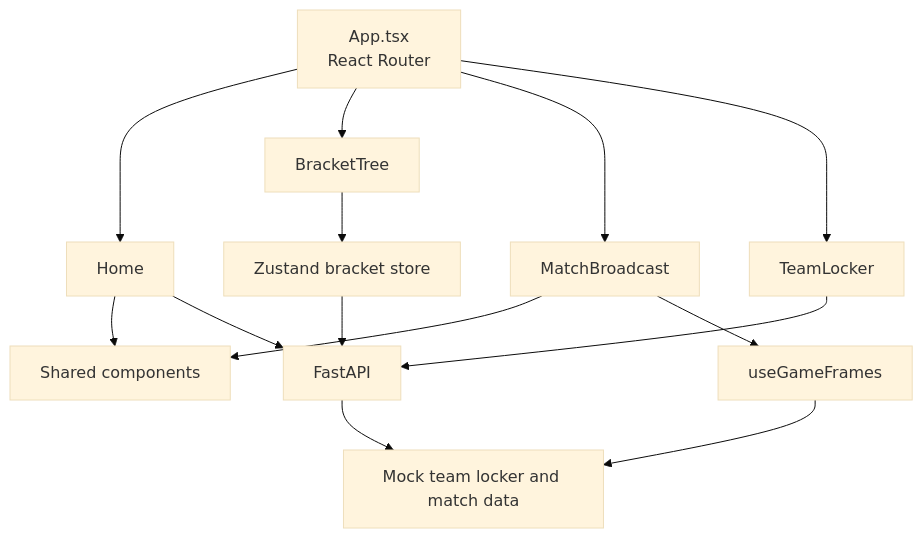
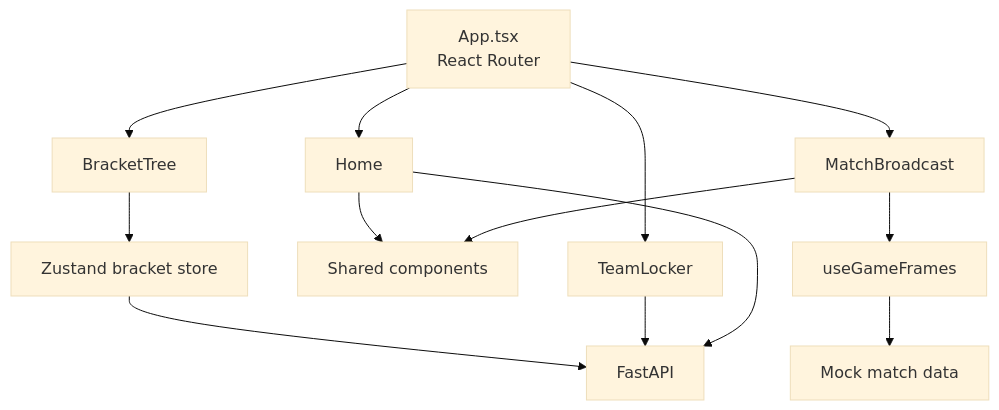
The second of 6 diagrams in docs/ARCHITECTURE.md (MatheuzRuf/Robo-Cestinha), drawn with Mermaid (base theme) before and after one commit. The commit also changed other lines of this file and 38 other files, not shown here.

````diff
--- a/docs/ARCHITECTURE.md
+++ b/docs/ARCHITECTURE.md
@@ -56,24 +56,24 @@
 ```mermaid
 flowchart TB
     App[App.tsx<br/>React Router]
     Home[Home]
     BracketTree[BracketTree]
     Broadcast[MatchBroadcast]
     Locker[TeamLocker]
     Shared[Shared components]
     Hook[useGameFrames]
-    Mock[Mock team locker and match data]
+    Mock[Mock match data]
     Store[Zustand bracket store]
     API[FastAPI]
 
     App --> Home
     App --> BracketTree
     App --> Broadcast
     App --> Locker
     Home --> Shared
     Broadcast --> Shared
     Broadcast --> Hook --> Mock
     BracketTree --> Store --> API
-    Locker --> API --> Mock
+    Locker --> API
     Home --> API
 ```
````
